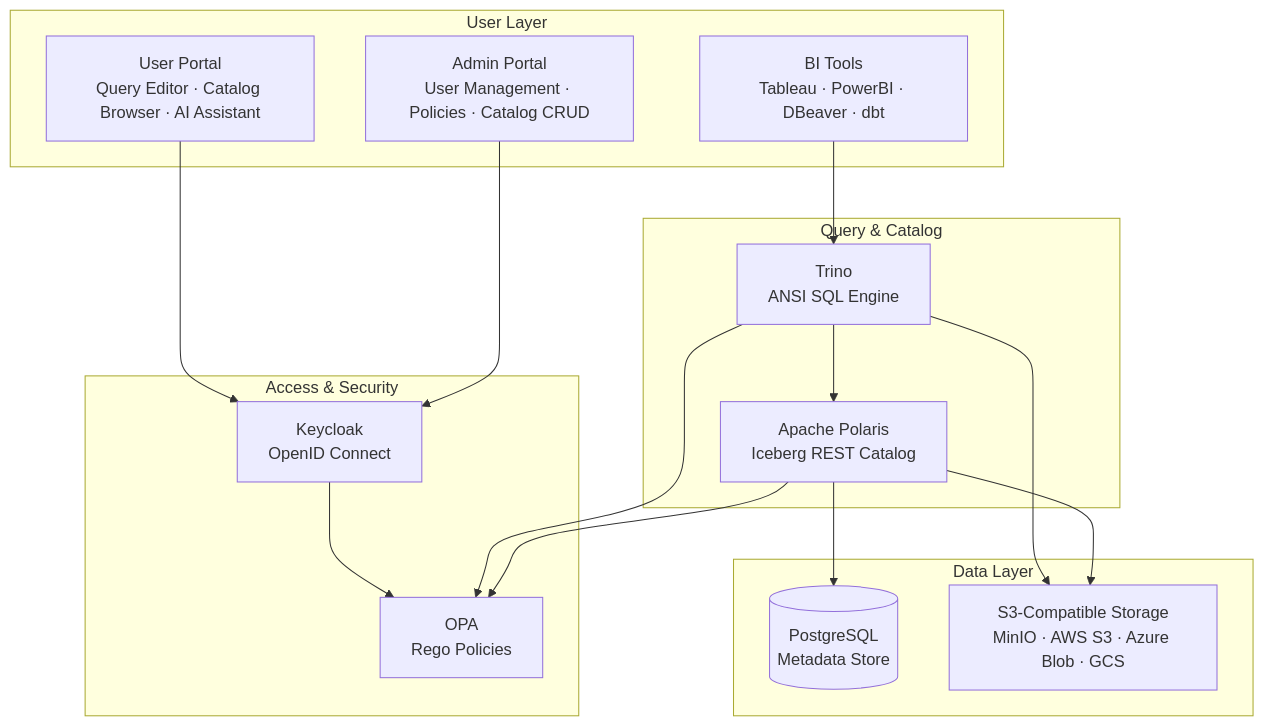
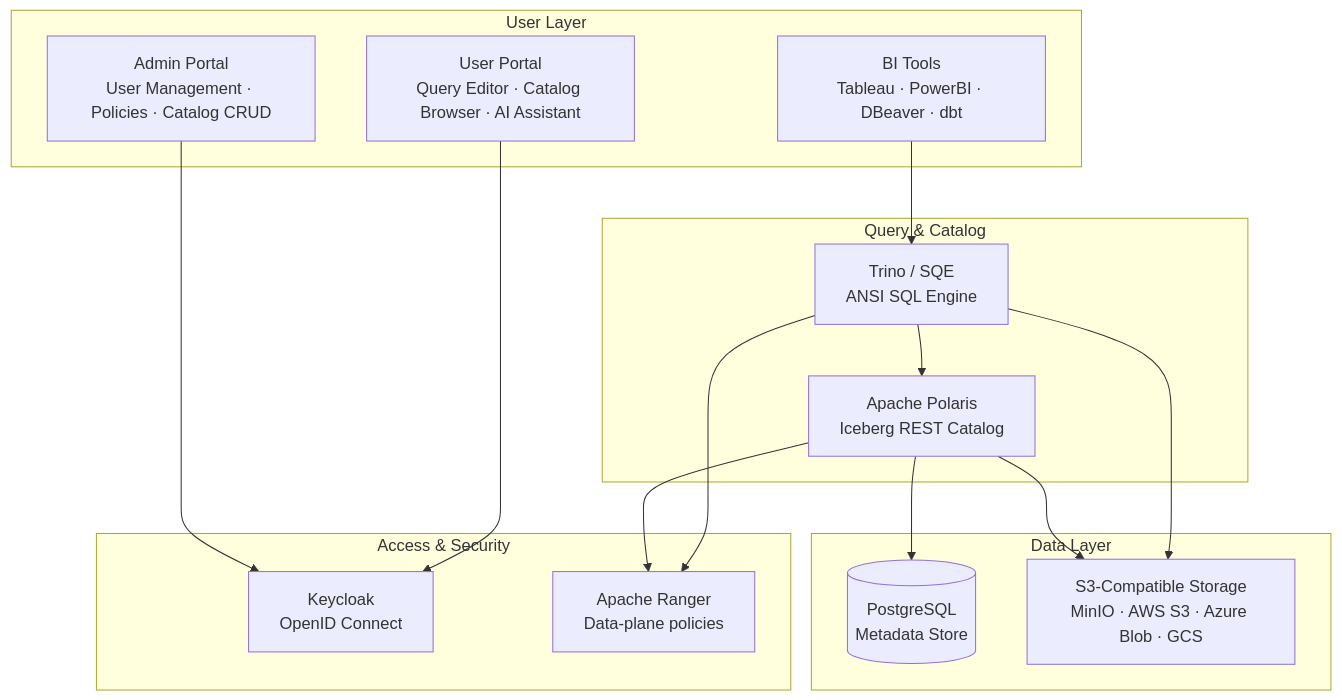
The first of 6 diagrams in src/content/source/cloud-independent-data-platform.md (getsqe/platform), drawn with Mermaid before and after one commit. The commit also changed other lines of this file and 5 other files, not shown here.

First line of the commit message:
content: OPA → Apache Ranger across the site, refresh from DP source

````diff
--- a/src/content/source/cloud-independent-data-platform.md
+++ b/src/content/source/cloud-independent-data-platform.md
@@ -43,34 +43,33 @@
 ```mermaid
 graph TB
     subgraph "User Layer"
         UP[User Portal<br/>Query Editor · Catalog Browser · AI Assistant]
         AP[Admin Portal<br/>User Management · Policies · Catalog CRUD]
         BI[BI Tools<br/>Tableau · PowerBI · DBeaver · dbt]
     end
 
     subgraph "Access & Security"
         KC[Keycloak<br/>OpenID Connect]
-        OPA[OPA<br/>Rego Policies]
+        RN[Apache Ranger<br/>Data-plane policies]
     end
 
     subgraph "Query & Catalog"
-        TR[Trino<br/>ANSI SQL Engine]
+        TR[Trino / SQE<br/>ANSI SQL Engine]
         PO[Apache Polaris<br/>Iceberg REST Catalog]
     end
 
     subgraph "Data Layer"
         PG[(PostgreSQL<br/>Metadata Store)]
         S3[S3-Compatible Storage<br/>MinIO · AWS S3 · Azure Blob · GCS]
     end
 
     UP --> KC
     AP --> KC
     BI --> TR
-    KC --> OPA
     TR --> PO
-    TR --> OPA
+    TR --> RN
     PO --> PG
-    PO --> OPA
+    PO --> RN
     TR --> S3
     PO --> S3
 ```
````
